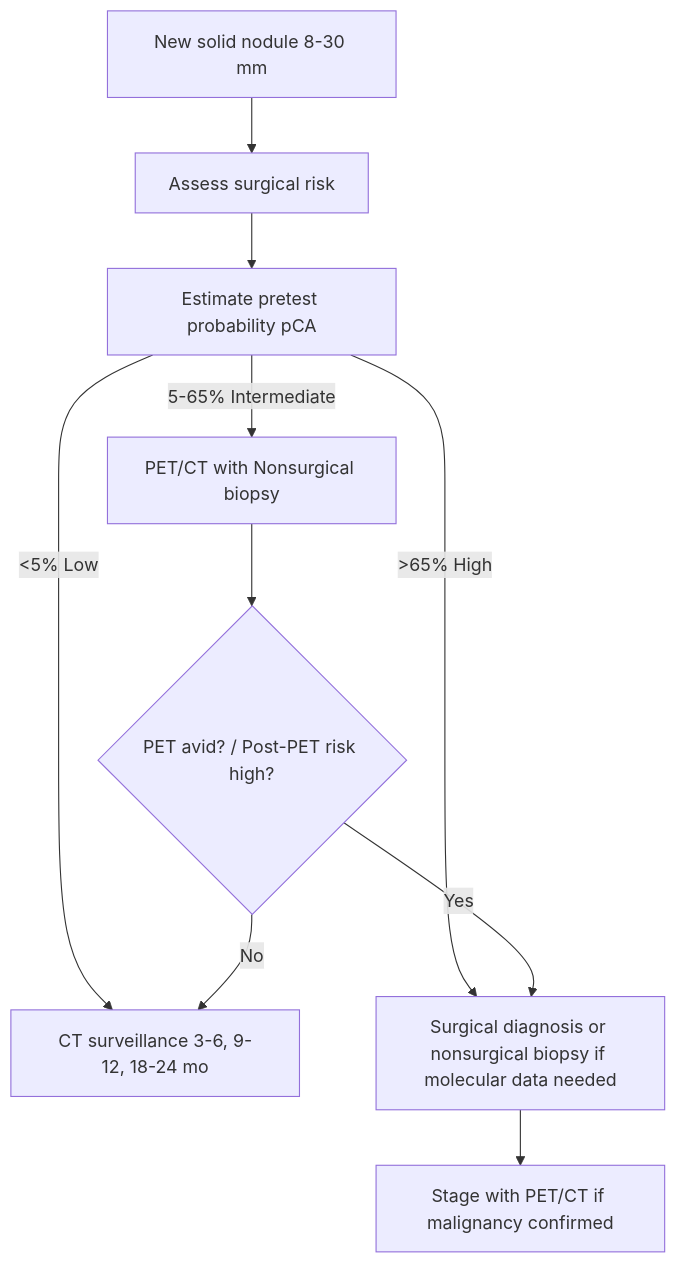
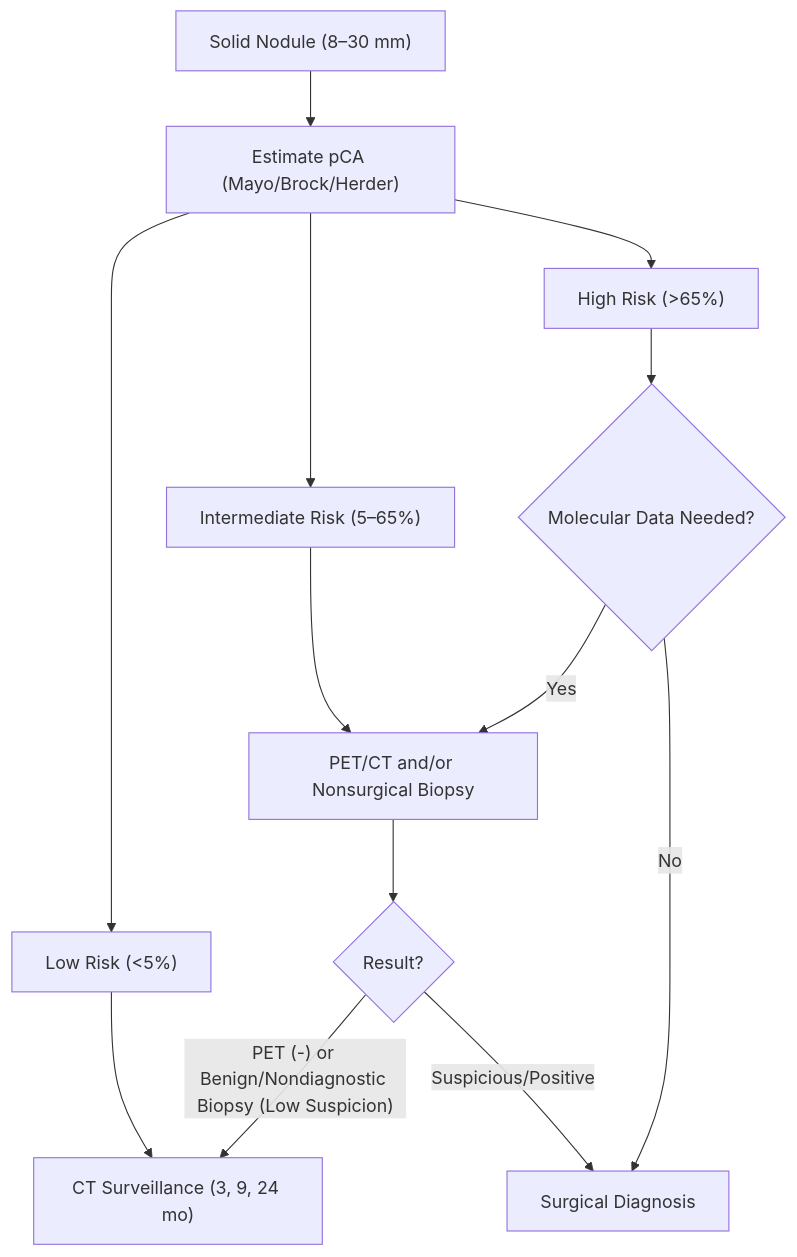
Before and after one commit to russellmiller49/Interventional-Pulm-Education-Project: the first of 2 diagrams in content/modules/board/diagnostic-approach-to-pulmonary-nodules.mdx, drawn with Mermaid. The commit also changed other lines of this file and 45 other files, not shown here.

````diff
--- a/content/modules/board/diagnostic-approach-to-pulmonary-nodules.mdx
+++ b/content/modules/board/diagnostic-approach-to-pulmonary-nodules.mdx
@@ -163,12 +143,18 @@
 ```mermaid
-flowchart TD
-A[New solid nodule 8-30 mm] --> B[Assess surgical risk]
-B --> C[Estimate pretest probability pCA]
-C -->|&lt;5% Low| D[CT surveillance 3-6, 9-12, 18-24 mo]
-C -->|5-65% Intermediate| E[PET/CT with Nonsurgical biopsy]
-C -->|&gt;65% High| F[Surgical diagnosis or nonsurgical biopsy if molecular data needed]
-E --> E1{PET avid? / Post-PET risk high?}
-E1 -->|Yes| F
-E1 -->|No| D
-F --> G[Stage with PET/CT if malignancy confirmed]
+graph TD
+    A["Solid Nodule (8–30 mm)"] --> B["Estimate pCA (Mayo/Brock/Herder)"]
+    B --> C["Low Risk (<5%)"]
+    B --> D["Intermediate Risk (5–65%)"]
+    B --> E["High Risk (>65%)"]
+
+    C --> F["CT Surveillance (3, 9, 24 mo)"]
+
+    D --> G["PET/CT and/or Nonsurgical Biopsy"]
+    G --> H{"Result?"}
+    H -- "PET (-) or Benign/Nondiagnostic Biopsy (Low Suspicion)" --> F
+    H -- "Suspicious/Positive" --> I["Surgical Diagnosis"]
+
+    E --> J{Molecular Data Needed?}
+    J -- Yes --> G
+    J -- No --> I
 ```
````
